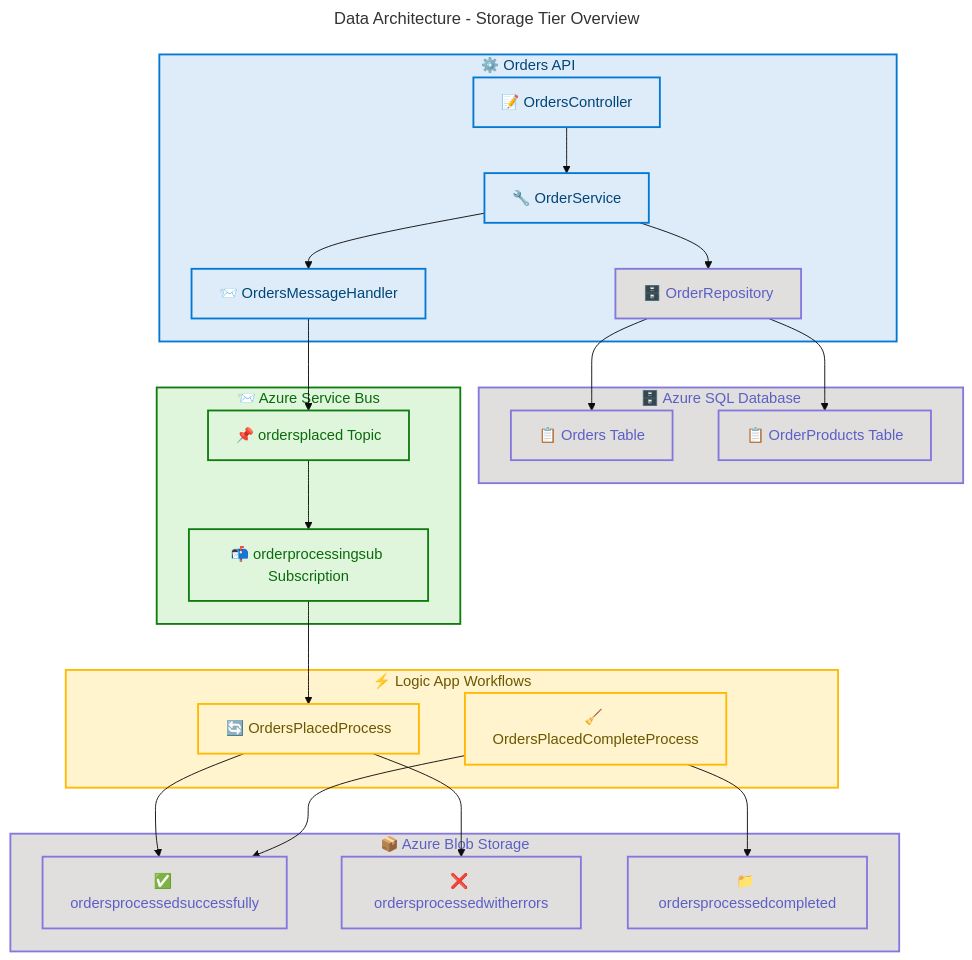
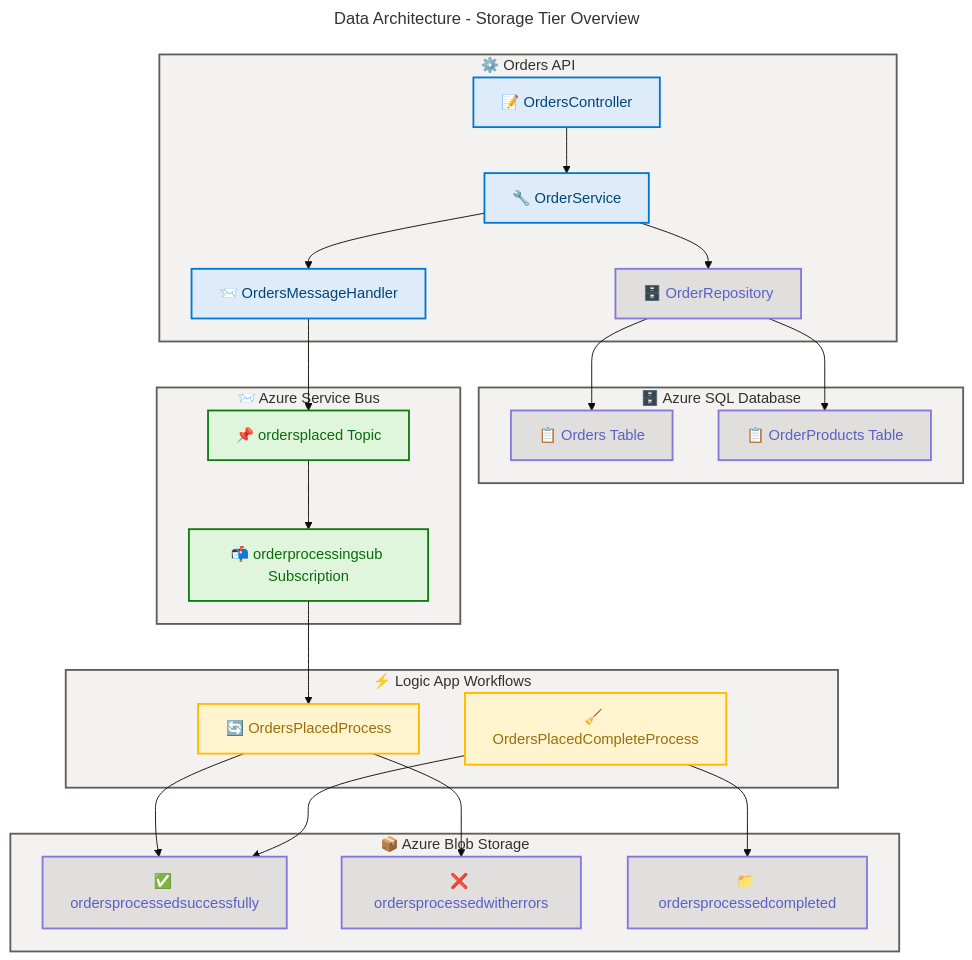
The third of 13 diagrams in docs/architecture/data-architecture.md (Evilazaro/Azure-LogicApps-Monitoring), drawn with Mermaid before and after one commit. The commit also changed other lines of this file, not shown here.

Commit message:
Refactor styling in data architecture diagrams for improved visual consistency and clarity

````diff
--- a/docs/architecture/data-architecture.md
+++ b/docs/architecture/data-architecture.md
@@ -255,79 +255,79 @@
 ```mermaid
 ---
 title: Data Architecture - Storage Tier Overview
 config:
   theme: base
   look: classic
   layout: dagre
   themeVariables:
     fontSize: '16px'
   flowchart:
     htmlLabels: true
 ---
 flowchart TB
     accTitle: Data Architecture Storage Tier Overview
     accDescr: Shows the three-tier storage architecture including SQL Database, Service Bus, and Blob Storage with data flow patterns
 
     %% ═══════════════════════════════════════════════════════════════════════════
     %% AZURE / FLUENT ARCHITECTURE PATTERN v1.1
     %% (Semantic + Structural + Font + Accessibility Governance)
     %% ═══════════════════════════════════════════════════════════════════════════
     %% PHASE 1 - STRUCTURAL: Direction explicit, flat topology, nesting ≤ 3
     %% PHASE 2 - SEMANTIC: Colors justified, max 5 semantic classes, neutral-first
     %% PHASE 3 - FONT: Dark text on light backgrounds, contrast ≥ 4.5:1
     %% PHASE 4 - ACCESSIBILITY: accTitle/accDescr present, icons on all nodes
     %% PHASE 5 - STANDARD: Governance block present, classDefs centralized
     %% ═══════════════════════════════════════════════════════════════════════════
 
     subgraph API ["⚙️ Orders API"]
         A["📝 OrdersController"]:::core
         B["🔧 OrderService"]:::core
         C["🗄️ OrderRepository"]:::data
         D["📨 OrdersMessageHandler"]:::core
     end
-    style API fill:#DEECF9,stroke:#0078D4,stroke-width:2px,color:#004578
+    style API fill:#F3F2F1,stroke:#605E5C,stroke-width:2px,color:#323130
 
     subgraph SQL ["🗄️ Azure SQL Database"]
         E["📋 Orders Table"]:::data
         F["📋 OrderProducts Table"]:::data
     end
-    style SQL fill:#E1DFDD,stroke:#8378DE,stroke-width:2px,color:#5B5FC7
+    style SQL fill:#F3F2F1,stroke:#605E5C,stroke-width:2px,color:#323130
 
     subgraph SB ["📨 Azure Service Bus"]
         G["📌 ordersplaced Topic"]:::messaging
         H["📬 orderprocessingsub Subscription"]:::messaging
     end
-    style SB fill:#DFF6DD,stroke:#107C10,stroke-width:2px,color:#0B6A0B
+    style SB fill:#F3F2F1,stroke:#605E5C,stroke-width:2px,color:#323130
 
     subgraph WF ["⚡ Logic App Workflows"]
         I["🔄 OrdersPlacedProcess"]:::workflow
         J["🧹 OrdersPlacedCompleteProcess"]:::workflow
     end
-    style WF fill:#FFF4CE,stroke:#FFB900,stroke-width:2px,color:#6B5700
+    style WF fill:#F3F2F1,stroke:#605E5C,stroke-width:2px,color:#323130
 
     subgraph BLOB ["📦 Azure Blob Storage"]
         K["✅ ordersprocessedsuccessfully"]:::storage
         L["❌ ordersprocessedwitherrors"]:::storage
         M["📁 ordersprocessedcompleted"]:::storage
     end
-    style BLOB fill:#E1DFDD,stroke:#8378DE,stroke-width:2px,color:#5B5FC7
+    style BLOB fill:#F3F2F1,stroke:#605E5C,stroke-width:2px,color:#323130
 
     A --> B
     B --> C
     B --> D
     C --> E
     C --> F
     D --> G
     G --> H
     H --> I
     I --> K
     I --> L
     J --> K
     J --> M
 
     classDef core fill:#DEECF9,stroke:#0078D4,stroke-width:2px,color:#004578
     classDef data fill:#E1DFDD,stroke:#8378DE,stroke-width:2px,color:#5B5FC7
     classDef messaging fill:#DFF6DD,stroke:#107C10,stroke-width:2px,color:#0B6A0B
-    classDef workflow fill:#FFF4CE,stroke:#FFB900,stroke-width:2px,color:#6B5700
+    classDef workflow fill:#FFF4CE,stroke:#FFB900,stroke-width:2px,color:#986F0B
     classDef storage fill:#E1DFDD,stroke:#8378DE,stroke-width:2px,color:#5B5FC7
 ```
````
